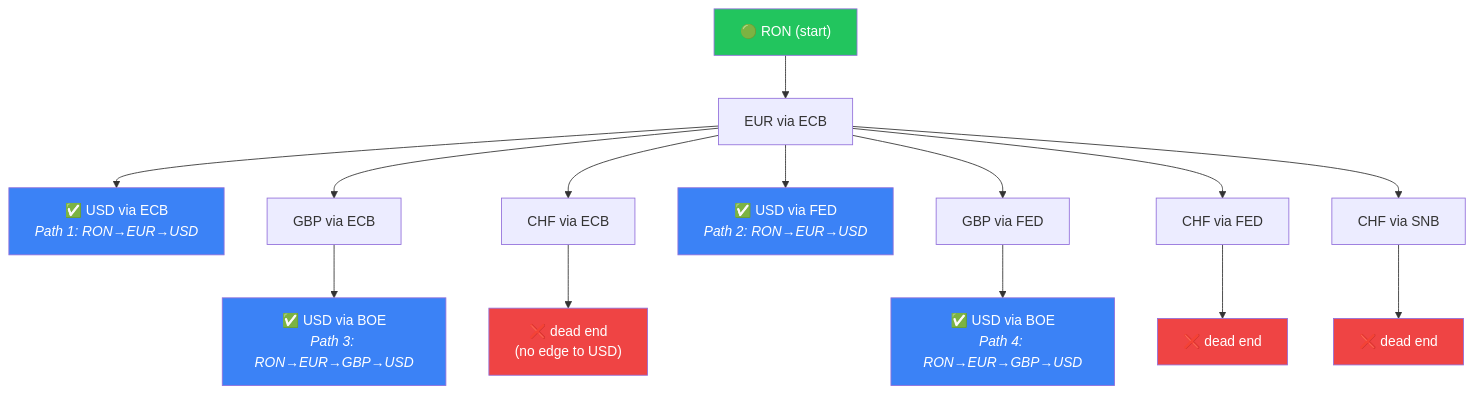
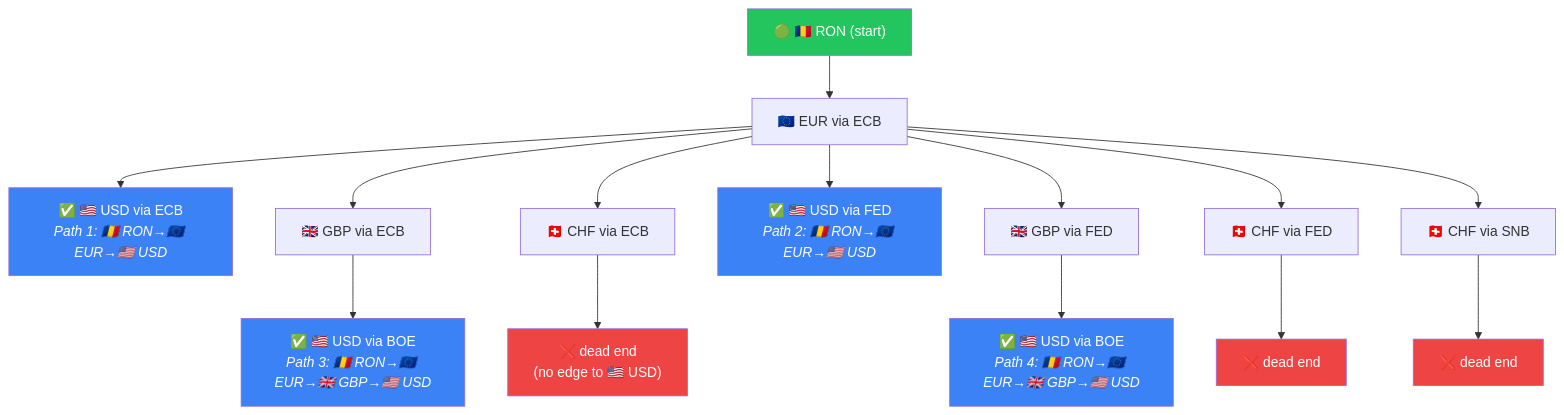
Before and after one commit to Librefolio/LibreFolio: the second of 2 diagrams in mkdocs_src/docs/developer/frontend/fx-chain-algorithm.md, drawn with Mermaid. The commit also changed other lines of this file and 61 other files, not shown here.

````diff
--- a/mkdocs_src/docs/developer/frontend/fx-chain-algorithm.md
+++ b/mkdocs_src/docs/developer/frontend/fx-chain-algorithm.md
@@ -221,28 +229,28 @@
 ```mermaid
 graph TD
-    START["🟢 RON (start)"] --> E1["EUR via ECB"]
+    START["🟢 🇷🇴 RON (start)"] --> E1["🇪🇺 EUR via ECB"]
     
-    E1 --> U1["✅ USD via ECB<br/><i>Path 1: RON→EUR→USD</i>"]
-    E1 --> G1["GBP via ECB"]
-    E1 --> C1["CHF via ECB"]
-    E1 --> U2["✅ USD via FED<br/><i>Path 2: RON→EUR→USD</i>"]
-    E1 --> G2["GBP via FED"]
-    E1 --> C2["CHF via FED"]
-    E1 --> C3["CHF via SNB"]
+    E1 --> U1["✅ 🇺🇸 USD via ECB<br/><i>Path 1: 🇷🇴 RON→🇪🇺 EUR→🇺🇸 USD</i>"]
+    E1 --> G1["🇬🇧 GBP via ECB"]
+    E1 --> C1["🇨🇭 CHF via ECB"]
+    E1 --> U2["✅ 🇺🇸 USD via FED<br/><i>Path 2: 🇷🇴 RON→🇪🇺 EUR→🇺🇸 USD</i>"]
+    E1 --> G2["🇬🇧 GBP via FED"]
+    E1 --> C2["🇨🇭 CHF via FED"]
+    E1 --> C3["🇨🇭 CHF via SNB"]
     
-    G1 --> U3["✅ USD via BOE<br/><i>Path 3: RON→EUR→GBP→USD</i>"]
-    G2 --> U4["✅ USD via BOE<br/><i>Path 4: RON→EUR→GBP→USD</i>"]
+    G1 --> U3["✅ 🇺🇸 USD via BOE<br/><i>Path 3: 🇷🇴 RON→🇪🇺 EUR→🇬🇧 GBP→🇺🇸 USD</i>"]
+    G2 --> U4["✅ 🇺🇸 USD via BOE<br/><i>Path 4: 🇷🇴 RON→🇪🇺 EUR→🇬🇧 GBP→🇺🇸 USD</i>"]
     
-    C1 --> DEAD1["❌ dead end<br/>(no edge to USD)"]
+    C1 --> DEAD1["❌ dead end<br/>(no edge to 🇺🇸 USD)"]
     C2 --> DEAD2["❌ dead end"]
     C3 --> DEAD3["❌ dead end"]
     
     style START fill:#22c55e,color:white
     style U1 fill:#3b82f6,color:white
     style U2 fill:#3b82f6,color:white
     style U3 fill:#3b82f6,color:white
     style U4 fill:#3b82f6,color:white
     style DEAD1 fill:#ef4444,color:white
     style DEAD2 fill:#ef4444,color:white
     style DEAD3 fill:#ef4444,color:white
 ```
````
